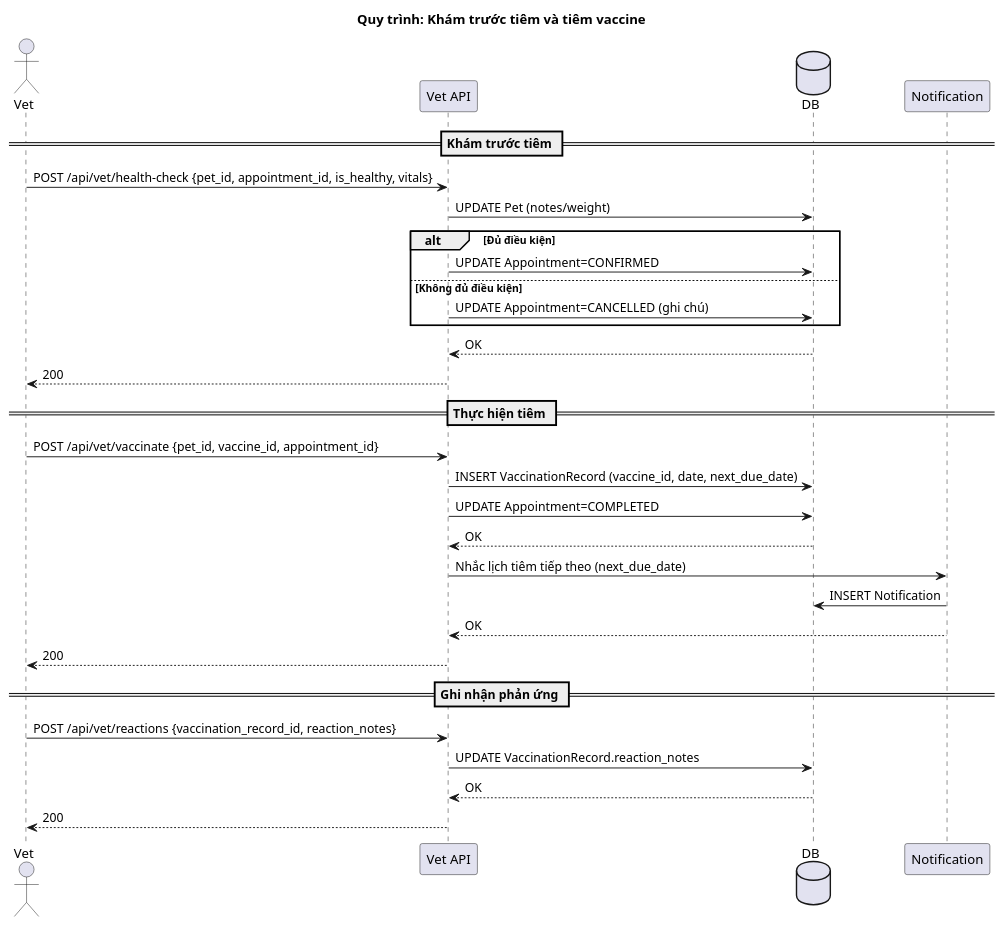
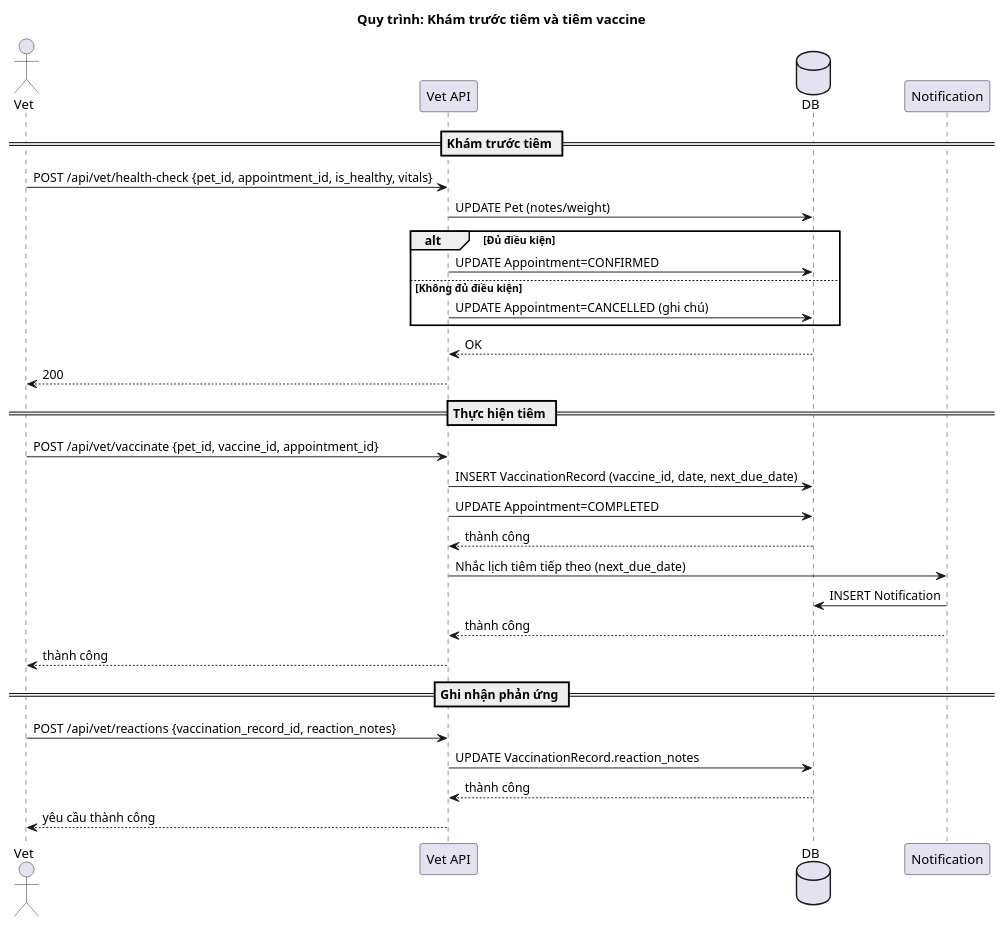
Before and after one commit to KaiyoDev/PetVax: the ninth of 13 diagrams in README.md, drawn with PlantUML. The commit also changed other lines of this file, not shown here.

````diff
--- a/README.md
+++ b/README.md
@@ -447,37 +447,37 @@
 ```plantuml
 @startuml
 title Quy trình: Khám trước tiêm và tiêm vaccine
 
 actor Vet
 participant "Vet API" as VetAPI
 database "DB" as DB
 participant "Notification" as Noti
 
 == Khám trước tiêm ==
 Vet -> VetAPI: POST /api/vet/health-check {pet_id, appointment_id, is_healthy, vitals}
 VetAPI -> DB: UPDATE Pet (notes/weight)
 alt Đủ điều kiện
     VetAPI -> DB: UPDATE Appointment=CONFIRMED
 else Không đủ điều kiện
     VetAPI -> DB: UPDATE Appointment=CANCELLED (ghi chú)
 end
 DB --> VetAPI: OK
 VetAPI --> Vet: 200
 
 == Thực hiện tiêm ==
 Vet -> VetAPI: POST /api/vet/vaccinate {pet_id, vaccine_id, appointment_id}
 VetAPI -> DB: INSERT VaccinationRecord (vaccine_id, date, next_due_date)
 VetAPI -> DB: UPDATE Appointment=COMPLETED
-DB --> VetAPI: OK
+DB --> VetAPI: thành công
 VetAPI -> Noti: Nhắc lịch tiêm tiếp theo (next_due_date)
 Noti -> DB: INSERT Notification
-Noti --> VetAPI: OK
-VetAPI --> Vet: 200
+Noti --> VetAPI: thành công
+VetAPI --> Vet: thành công
 
 == Ghi nhận phản ứng ==
 Vet -> VetAPI: POST /api/vet/reactions {vaccination_record_id, reaction_notes}
 VetAPI -> DB: UPDATE VaccinationRecord.reaction_notes
-DB --> VetAPI: OK
-VetAPI --> Vet: 200
+DB --> VetAPI: thành công
+VetAPI --> Vet: yêu cầu thành công
 @enduml
  ```
````
